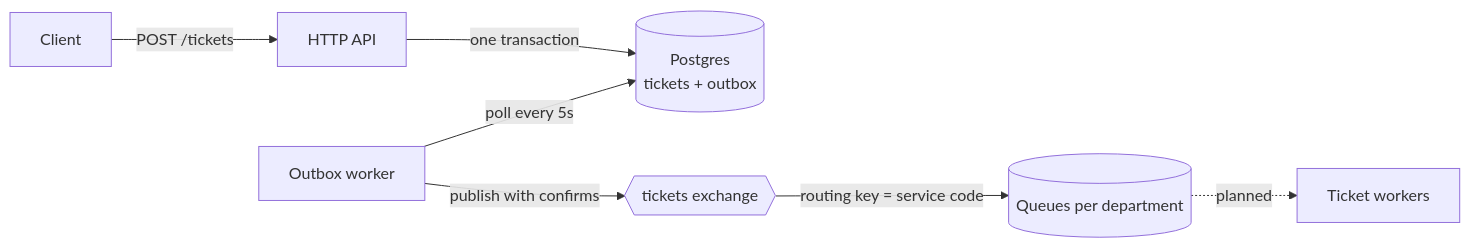
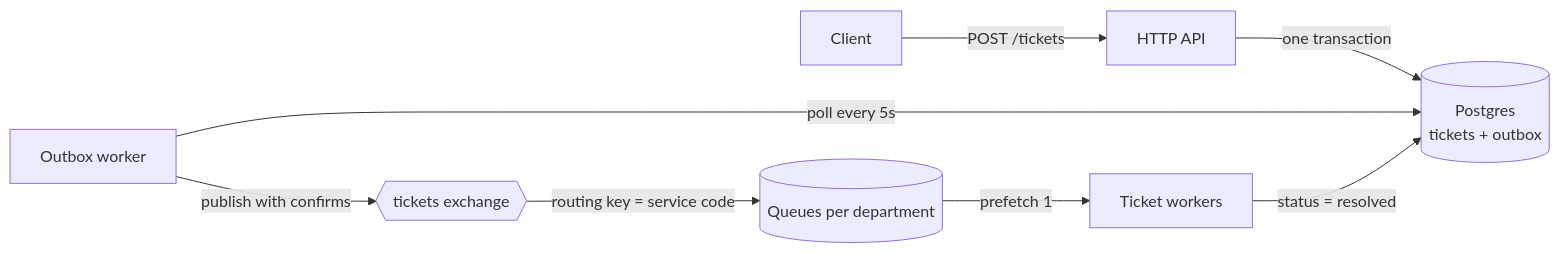
Before and after one commit to rvxt21/queueing-system: the diagram in README.md, drawn with Mermaid. The commit also changed other lines of this file, not shown here.

````diff
--- a/README.md
+++ b/README.md
@@ -9,9 +9,10 @@
 ```mermaid
 flowchart LR
     C[Client] -->|POST /tickets| API[HTTP API]
     API -->|one transaction| DB[(Postgres<br/>tickets + outbox)]
     W[Outbox worker] -->|poll every 5s| DB
     W -->|publish with confirms| X{{tickets exchange}}
     X -->|routing key = service code| Q[(Queues per department)]
-    Q -.->|planned| P[Ticket workers]
+    Q -->|prefetch 1| P[Ticket workers]
+    P -->|status = resolved| DB
 ```
````
